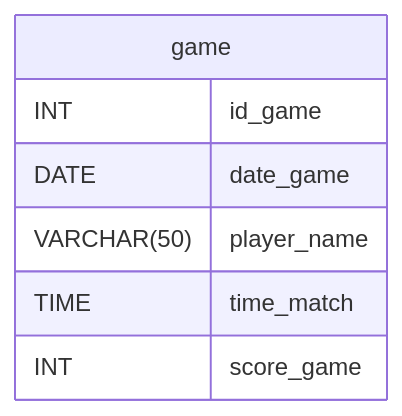
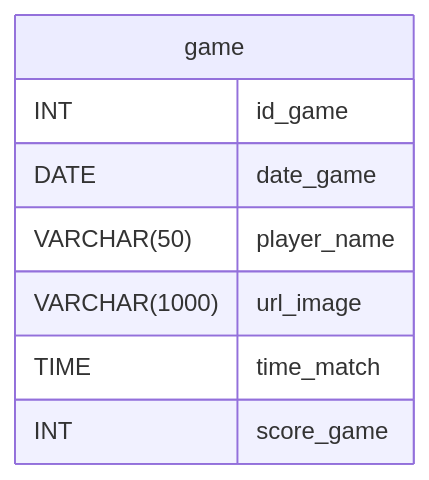
One commit to paulo-xavier/Halloween-Memory_Card changed the diagram in README.md. Above: the diagram before and after it, drawn with Mermaid.

Commit message:
:bulb: docs: Adding an attribute of 'url_image' in the table

````diff
--- a/README.md
+++ b/README.md
@@ -22,11 +22,12 @@
 ```mermaid
 erDiagram
     
     game {
         INT id_game
         DATE date_game
         VARCHAR(50) player_name
+        VARCHAR(1000) url_image 
         TIME time_match
         INT score_game
     }
 ```
````
